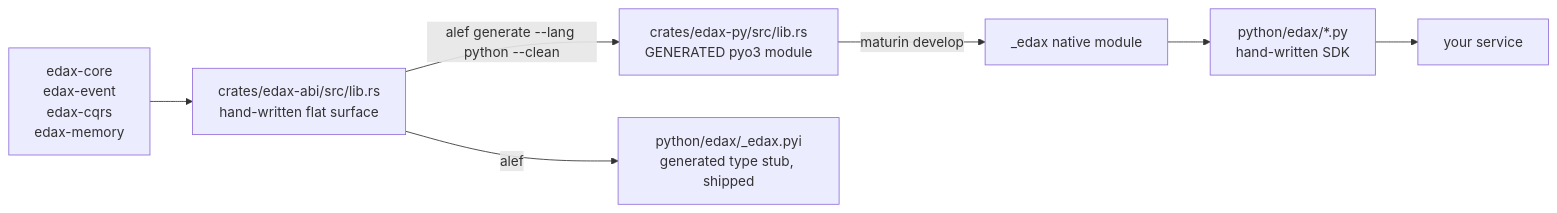
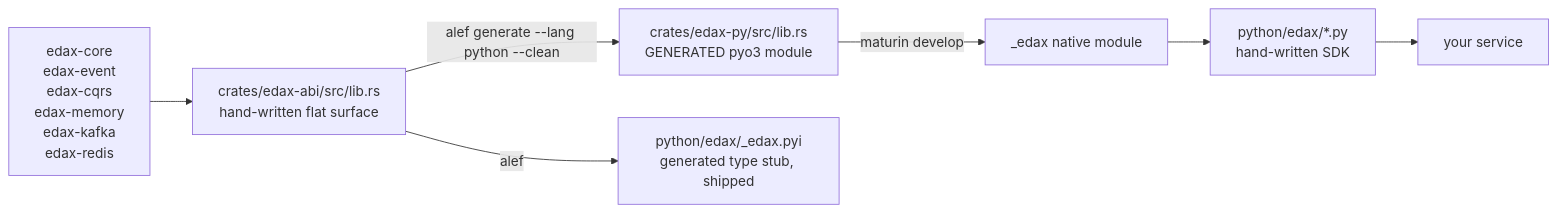
One commit to haskian/edax changed the third of 4 diagrams in docs/architecture.md. Above: the diagram before and after it, drawn with Mermaid. The commit also changed other lines of this file and 15 other files, not shown here.

First line of the commit message:
docs: per-tech kernel crates, Kafka headers, serializer registry, record middleware

````diff
--- a/docs/architecture.md
+++ b/docs/architecture.md
@@ -109,9 +125,9 @@
 ```mermaid
 flowchart LR
-    K["edax-core<br/>edax-event<br/>edax-cqrs<br/>edax-memory"] --> ABI["crates/edax-abi/src/lib.rs<br/>hand-written flat surface"]
+    K["edax-core<br/>edax-event<br/>edax-cqrs<br/>edax-memory<br/>edax-kafka<br/>edax-redis"] --> ABI["crates/edax-abi/src/lib.rs<br/>hand-written flat surface"]
     ABI -->|"alef generate --lang python --clean"| GEN["crates/edax-py/src/lib.rs<br/>GENERATED pyo3 module"]
     ABI -->|"alef"| STUB["python/edax/_edax.pyi<br/>generated type stub, shipped"]
     GEN -->|"maturin develop"| SO["_edax native module"]
     SO --> PKG["python/edax/*.py<br/>hand-written SDK"]
     PKG --> APP["your service"]
 ```
````
